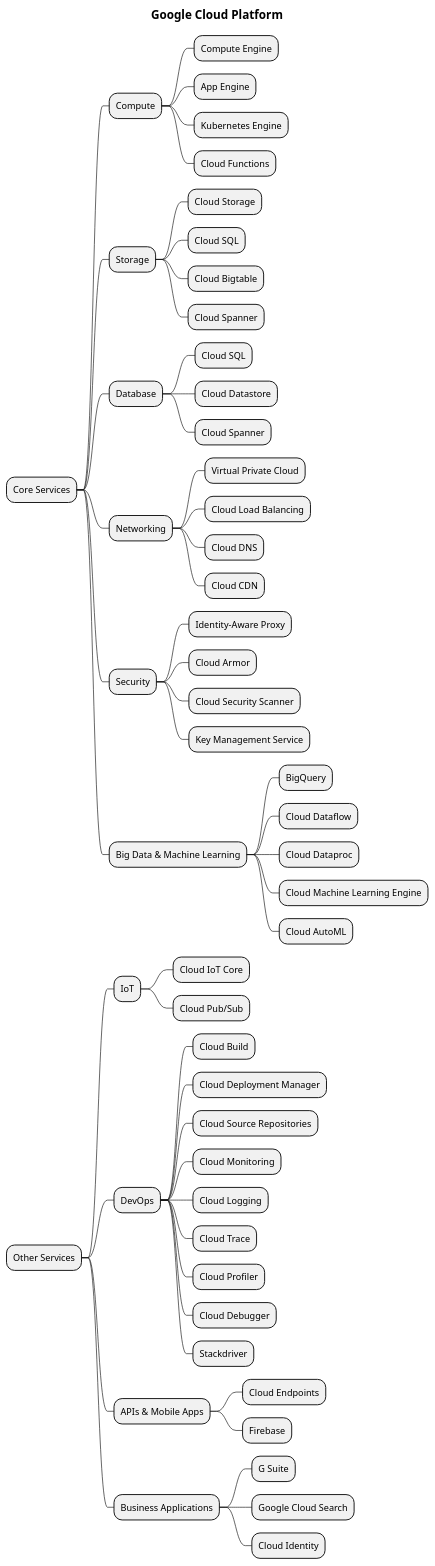
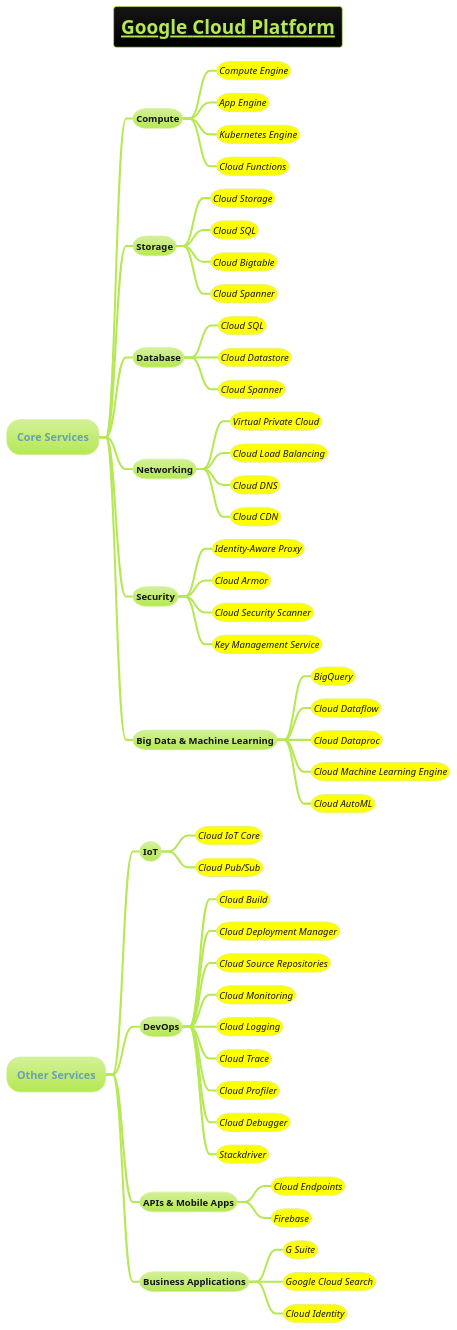
Before and after one commit to MehmoodHashmi/Documentation-as-Code-DaC: the diagram in docs/3-devops/devops-plantuml-mindmap/google-cloud-platform.puml, drawn with PlantUML. The commit also changed 16 other files, not shown here.

```diff
--- a/docs/3-devops/devops-plantuml-mindmap/google-cloud-platform.puml
+++ b/docs/3-devops/devops-plantuml-mindmap/google-cloud-platform.puml
@@ -1,55 +1,58 @@
 @startmindmap
-title =  Google Cloud Platform
+title =  __Google Cloud Platform__
+!theme hacker
+
+
 * Core Services
 ** Compute
-*** Compute Engine
-*** App Engine
-*** Kubernetes Engine
-*** Cloud Functions
+***[#yellow] ====<size:14>Compute Engine
+***[#yellow] ====<size:14>App Engine
+***[#yellow] ====<size:14>Kubernetes Engine
+***[#yellow] ====<size:14>Cloud Functions
 ** Storage
-*** Cloud Storage
-*** Cloud SQL
-*** Cloud Bigtable
-*** Cloud Spanner
+***[#yellow] ====<size:14>Cloud Storage
+***[#yellow] ====<size:14>Cloud SQL
+***[#yellow] ====<size:14>Cloud Bigtable
+***[#yellow] ====<size:14>Cloud Spanner
 ** Database
-*** Cloud SQL
-*** Cloud Datastore
-*** Cloud Spanner
+***[#yellow] ====<size:14>Cloud SQL
+***[#yellow] ====<size:14>Cloud Datastore
+***[#yellow] ====<size:14>Cloud Spanner
 ** Networking
-*** Virtual Private Cloud
-*** Cloud Load Balancing
-*** Cloud DNS
-*** Cloud CDN
+***[#yellow] ====<size:14>Virtual Private Cloud
+***[#yellow] ====<size:14>Cloud Load Balancing
+***[#yellow] ====<size:14>Cloud DNS
+***[#yellow] ====<size:14>Cloud CDN
 ** Security
-*** Identity-Aware Proxy
-*** Cloud Armor
-*** Cloud Security Scanner
-*** Key Management Service
+***[#yellow] ====<size:14>Identity-Aware Proxy
+***[#yellow] ====<size:14>Cloud Armor
+***[#yellow] ====<size:14>Cloud Security Scanner
+***[#yellow] ====<size:14>Key Management Service
 ** Big Data & Machine Learning
-*** BigQuery
-*** Cloud Dataflow
-*** Cloud Dataproc
-*** Cloud Machine Learning Engine
-*** Cloud AutoML
+***[#yellow] ====<size:14>BigQuery
+***[#yellow] ====<size:14>Cloud Dataflow
+***[#yellow] ====<size:14>Cloud Dataproc
+***[#yellow] ====<size:14>Cloud Machine Learning Engine
+***[#yellow] ====<size:14>Cloud AutoML
 * Other Services
 ** IoT
-*** Cloud IoT Core
-*** Cloud Pub/Sub
+***[#yellow] ====<size:14>Cloud IoT Core
+***[#yellow] ====<size:14>Cloud Pub/Sub
 ** DevOps
-*** Cloud Build
-*** Cloud Deployment Manager
-*** Cloud Source Repositories
-*** Cloud Monitoring
-*** Cloud Logging
-*** Cloud Trace
-*** Cloud Profiler
-*** Cloud Debugger
-*** Stackdriver
+***[#yellow] ====<size:14>Cloud Build
+***[#yellow] ====<size:14>Cloud Deployment Manager
+***[#yellow] ====<size:14>Cloud Source Repositories
+***[#yellow] ====<size:14>Cloud Monitoring
+***[#yellow] ====<size:14>Cloud Logging
+***[#yellow] ====<size:14>Cloud Trace
+***[#yellow] ====<size:14>Cloud Profiler
+***[#yellow] ====<size:14>Cloud Debugger
+***[#yellow] ====<size:14>Stackdriver
 ** APIs & Mobile Apps
-*** Cloud Endpoints
-*** Firebase
+***[#yellow] ====<size:14>Cloud Endpoints
+***[#yellow] ====<size:14>Firebase
 ** Business Applications
-*** G Suite
-*** Google Cloud Search
-*** Cloud Identity
+***[#yellow] ====<size:14>G Suite
+***[#yellow] ====<size:14>Google Cloud Search
+***[#yellow] ====<size:14>Cloud Identity
 @endmindmap
```
